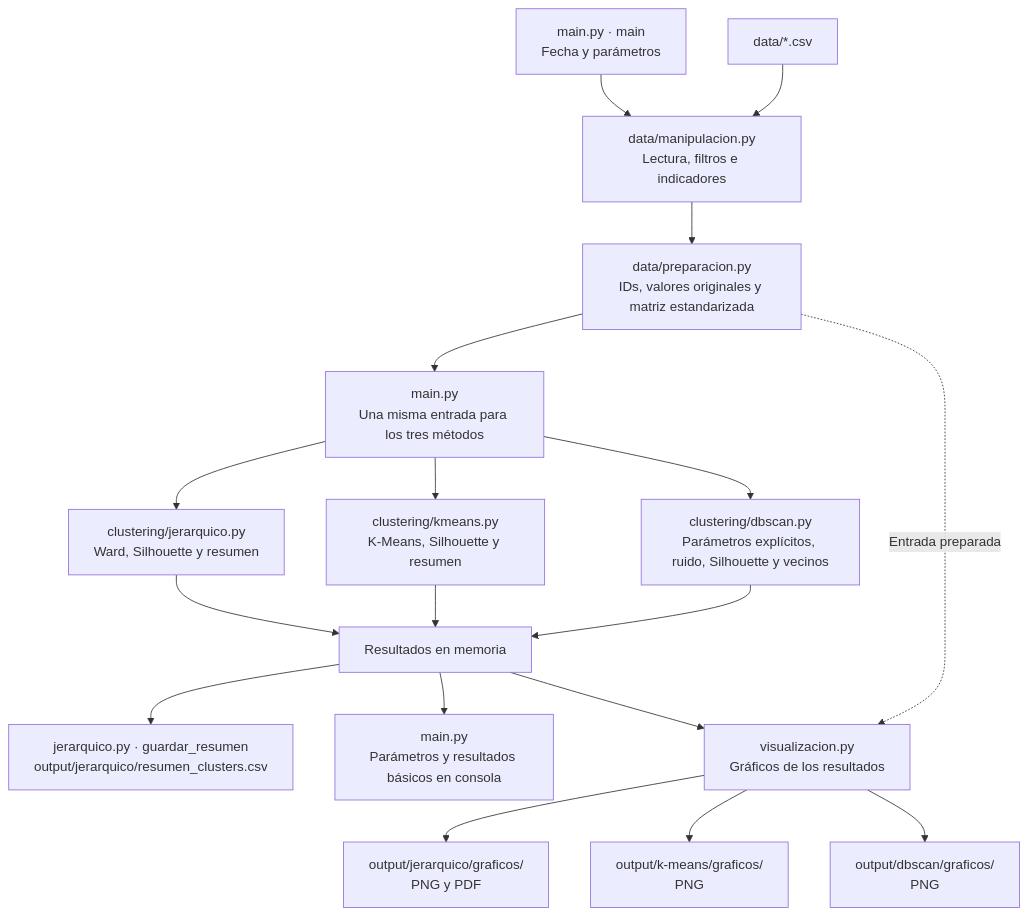
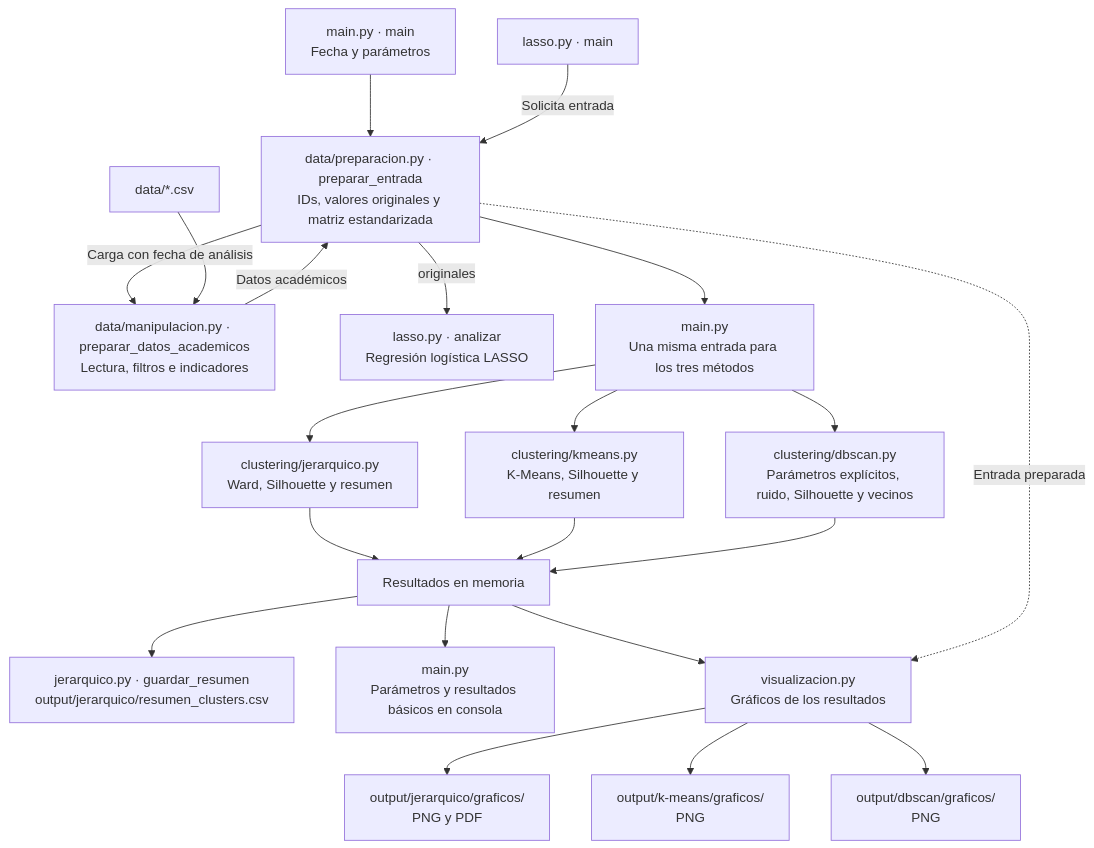
One commit to CowsmonDev/IO-Mineria-Codigo changed the diagram in docs/flujo-archivos.md. Above: the diagram before and after it, drawn with Mermaid. The commit also changed other lines of this file and 7 other files, not shown here.

Commit message:
Centraliza la carga de datos en la preparación de entrada

````diff
--- a/docs/flujo-archivos.md
+++ b/docs/flujo-archivos.md
@@ -5,20 +5,23 @@
 ```mermaid
 flowchart TD
-    MAIN["main.py · main<br/>Fecha y parámetros"] --> MAN["data/manipulacion.py<br/>Lectura, filtros e indicadores"]
+    MAIN["main.py · main<br/>Fecha y parámetros"] --> PRE["data/preparacion.py · preparar_entrada<br/>IDs, valores originales y matriz estandarizada"]
+    PRE -- "Carga con fecha de análisis" --> MAN["data/manipulacion.py · preparar_datos_academicos<br/>Lectura, filtros e indicadores"]
     CSV["data/*.csv"] --> MAN
-    MAN --> PRE["data/preparacion.py<br/>IDs, valores originales y matriz estandarizada"]
+    MAN -- "Datos académicos" --> PRE
+    LASSO["lasso.py · main"] -- "Solicita entrada" --> PRE
+    PRE -- "originales" --> LASSOFIT["lasso.py · analizar<br/>Regresión logística LASSO"]
     PRE --> EJ["main.py<br/>Una misma entrada para los tres métodos"]
     EJ --> J["clustering/jerarquico.py<br/>Ward, Silhouette y resumen"]
     EJ --> K["clustering/kmeans.py<br/>K-Means, Silhouette y resumen"]
     EJ --> D["clustering/dbscan.py<br/>Parámetros explícitos, ruido, Silhouette y vecinos"]
     J --> RES["Resultados en memoria"]
     K --> RES
     D --> RES
     RES --> CSVJ["jerarquico.py · guardar_resumen<br/>output/jerarquico/resumen_clusters.csv"]
     RES --> CONSOLA["main.py<br/>Parámetros y resultados básicos en consola"]
     RES --> VIS["visualizacion.py<br/>Gráficos de los resultados"]
     PRE -. "Entrada preparada" .-> VIS
     VIS --> JPNG["output/jerarquico/graficos/<br/>PNG y PDF"]
     VIS --> KPNG["output/k-means/graficos/<br/>PNG"]
     VIS --> DPNG["output/dbscan/graficos/<br/>PNG"]
 ```
````
